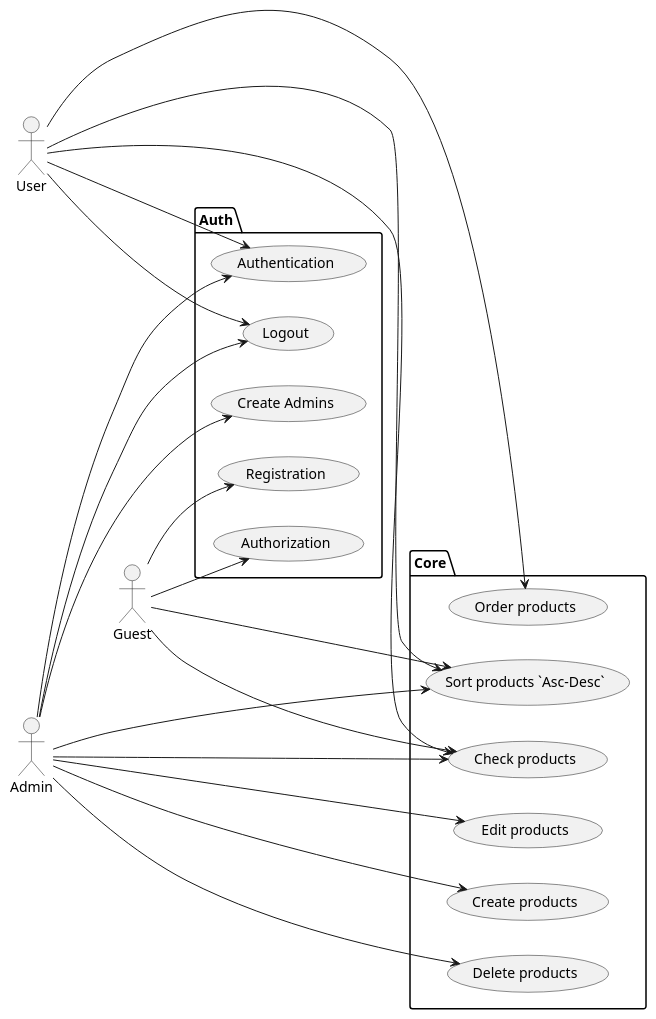
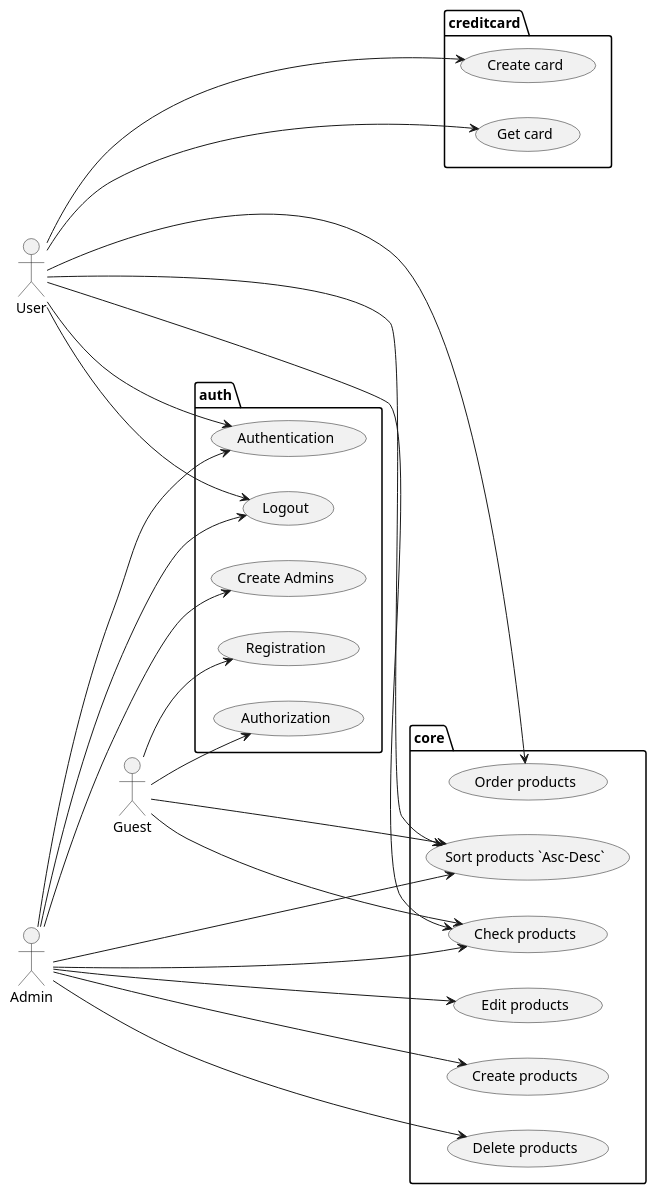
One commit to dima666Sik/book-house changed the diagram in book-house-server/src/main/resources/diagrams/useCaseDiagramActorsAndActs.puml. Above: the diagram before and after it, drawn with PlantUML. The commit also changed 14 other files, not shown here.

```diff
--- a/book-house-server/src/main/resources/diagrams/useCaseDiagramActorsAndActs.puml
+++ b/book-house-server/src/main/resources/diagrams/useCaseDiagramActorsAndActs.puml
@@ -1,45 +1,52 @@
 @startuml
 'https://plantuml.com/use-case-diagram
 
 left to right direction
 actor User
 actor Guest
 actor Admin
 
-package Core{
+package core{
     (Check products) as (CP)
     (Order products) as (OP)
     (Create products) as (CrP)
     (Delete products) as (DP)
     (Edit products) as (EP)
     (Sort products `Asc-Desc`) as (SP)
 }
 
-package Auth{
+package auth{
     (Authorization) as (Author)
     (Registration) as (Reg)
     (Create Admins) as (CA)
     (Authentication) as (Authen)
     (Logout) as (L)
 }
 
-User -> (CP)
-User ---> (OP)
-User -> (Authen)
+package creditcard{
+    (Create card) as (CC)
+    (Get card) as (GC)
+}
+
 User --> (SP)
 User ---> (L)
+User ----> (CC)
+User ---> (GC)
+User --> (CP)
+User --> (OP)
+User --> (Authen)
 
 Guest ---> (CP)
 Guest --> (Reg)
 Guest --> (Author)
 Guest -> (SP)
 
 Admin ----> (CP)
 Admin --> (CA)
 Admin ---> (CrP)
 Admin ----> (DP)
 Admin -> (Authen)
 Admin -> (EP)
 Admin -> (SP)
 Admin -> (L)
 @enduml
```
